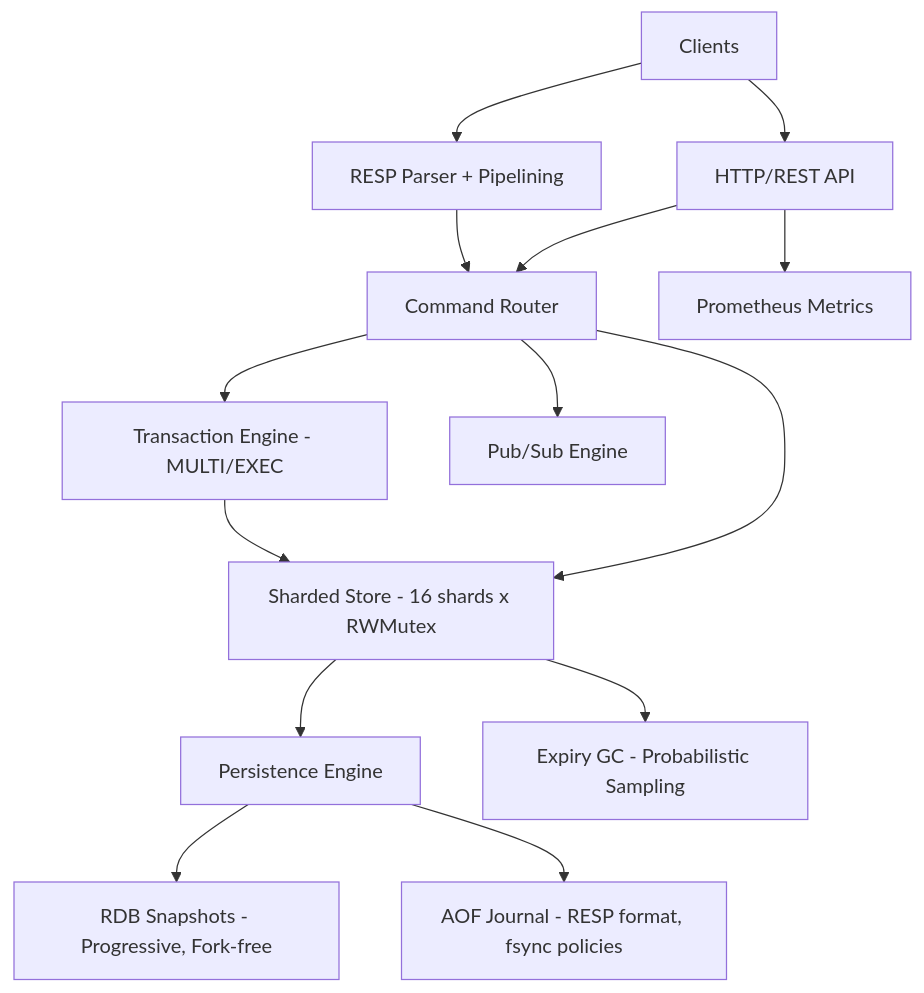
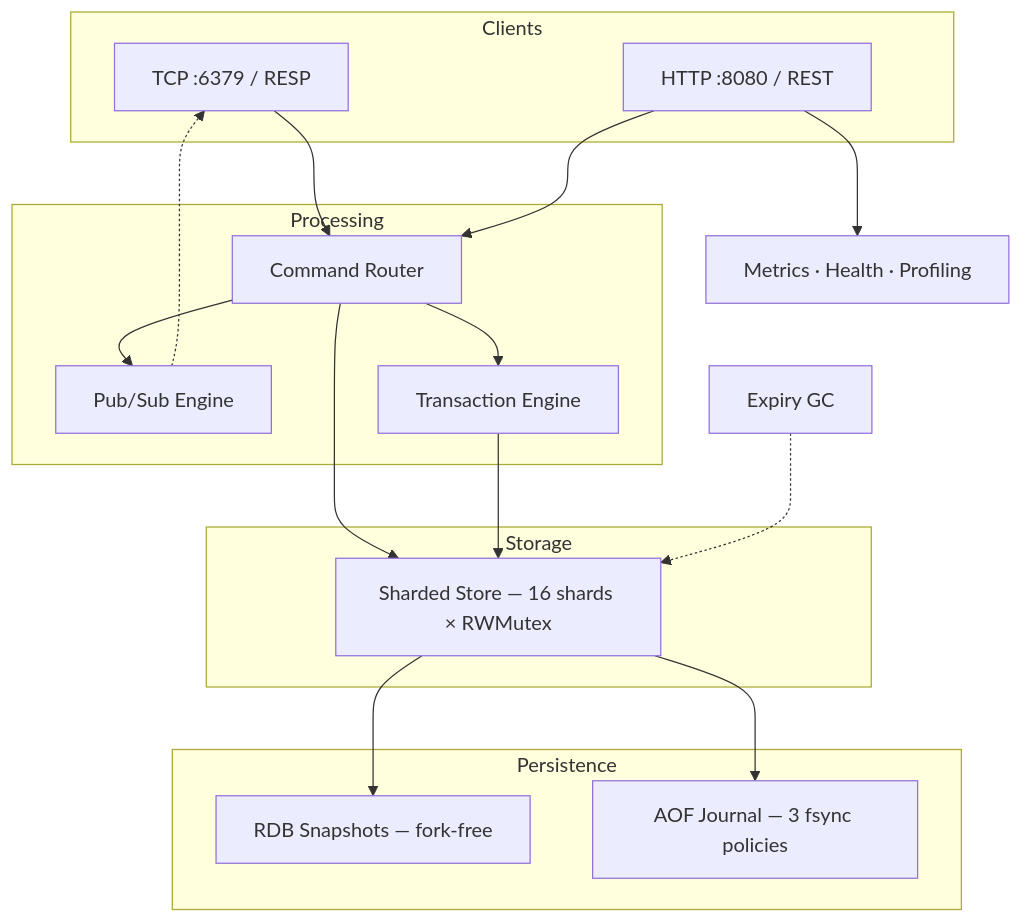
The diagram in README.md (hoangNguyenDev3/kache), drawn with Mermaid before and after one commit. The commit also changed other lines of this file, not shown here.

Commit message:
docs(readme): expand README with architecture, design, and testing details

````diff
--- a/README.md
+++ b/README.md
@@ -46,16 +32,36 @@
 ```mermaid
 graph TB
-    C[Clients] --> RP[RESP Parser + Pipelining]
-    C --> HTTP[HTTP/REST API]
-    RP --> CR[Command Router]
-    HTTP --> CR
-    CR --> TX[Transaction Engine - MULTI/EXEC]
-    CR --> PS[Pub/Sub Engine]
-    TX --> SS[Sharded Store - 16 shards x RWMutex]
+    subgraph Clients
+        C[TCP :6379 / RESP] 
+        H[HTTP :8080 / REST]
+    end
+
+    subgraph Processing
+        CR[Command Router]
+        PS[Pub/Sub Engine]
+        TX[Transaction Engine]
+    end
+
+    subgraph Storage
+        SS["Sharded Store — 16 shards × RWMutex"]
+    end
+
+    subgraph Persistence
+        RDB[RDB Snapshots — fork-free]
+        AOF[AOF Journal — 3 fsync policies]
+    end
+
+    C --> CR
+    H --> CR
+    CR --> PS
+    CR --> TX
     CR --> SS
-    SS --> PE[Persistence Engine]
-    PE --> RDB[RDB Snapshots - Progressive, Fork-free]
-    PE --> AOF[AOF Journal - RESP format, fsync policies]
-    SS --> GC[Expiry GC - Probabilistic Sampling]
-    HTTP --> PM[Prometheus Metrics]
+    TX --> SS
+    PS -.-> C
+
+    SS --> RDB
+    SS --> AOF
+
+    GC[Expiry GC] -.-> SS
+    H --> OBS[Metrics · Health · Profiling]
 ```
````
